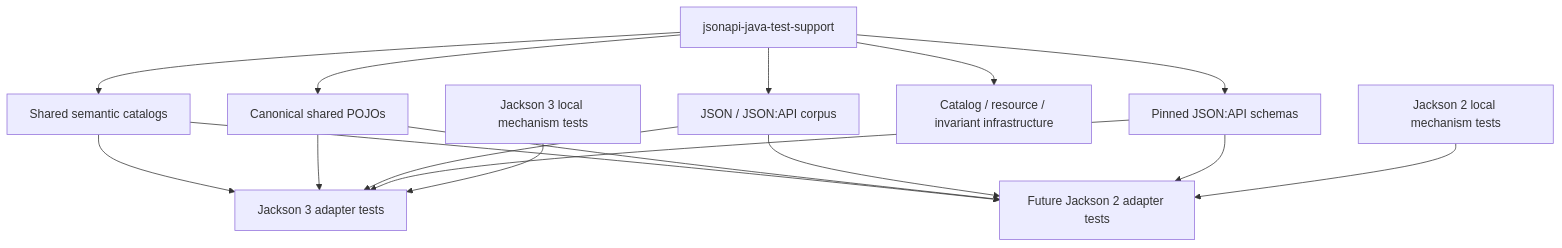
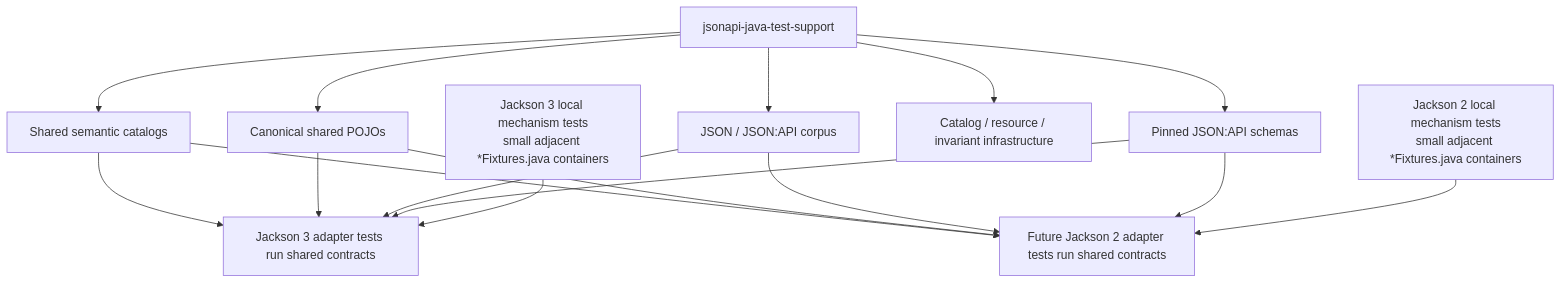
Before and after one commit to kazemek/jsonapi-java: the diagram in jsonapi-java-test-support/README.md, drawn with Mermaid. The commit also changed other lines of this file and 99 other files, not shown here.

First line of the commit message:
test(jackson3): localize fixtures and simplify catalog runners

````diff
--- a/jsonapi-java-test-support/README.md
+++ b/jsonapi-java-test-support/README.md
@@ -9,33 +9,33 @@
 ```mermaid
 flowchart TD
     TS[jsonapi-java-test-support]
     CAT[Shared semantic catalogs]
     MODELS[Canonical shared POJOs]
     JSON[JSON / JSON:API corpus]
     SCHEMA[Pinned JSON:API schemas]
     INFRA[Catalog / resource / invariant infrastructure]
 
-    J3[Jackson 3 adapter tests]
-    J3LOCAL[Jackson 3 local mechanism tests]
-    J2[Future Jackson 2 adapter tests]
-    J2LOCAL[Jackson 2 local mechanism tests]
+    J3[Jackson 3 adapter tests run shared contracts]
+    J3LOCAL[Jackson 3 local mechanism tests<br>small adjacent *Fixtures.java containers]
+    J2[Future Jackson 2 adapter tests run shared contracts]
+    J2LOCAL[Jackson 2 local mechanism tests<br>small adjacent *Fixtures.java containers]
 
     TS --> CAT
     TS --> MODELS
     TS --> JSON
     TS --> SCHEMA
     TS --> INFRA
 
     CAT --> J3
     MODELS --> J3
     JSON --> J3
     SCHEMA --> J3
 
     CAT --> J2
     MODELS --> J2
     JSON --> J2
     SCHEMA --> J2
 
     J3LOCAL --> J3
     J2LOCAL --> J2
 ```
````
